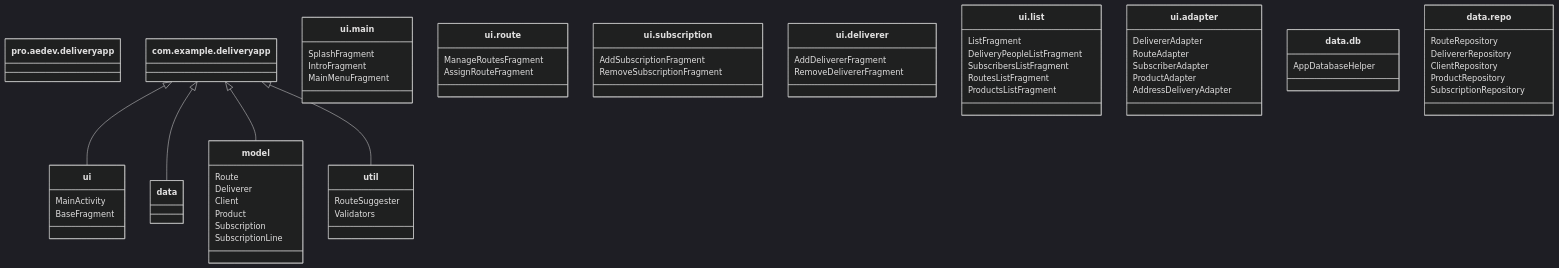
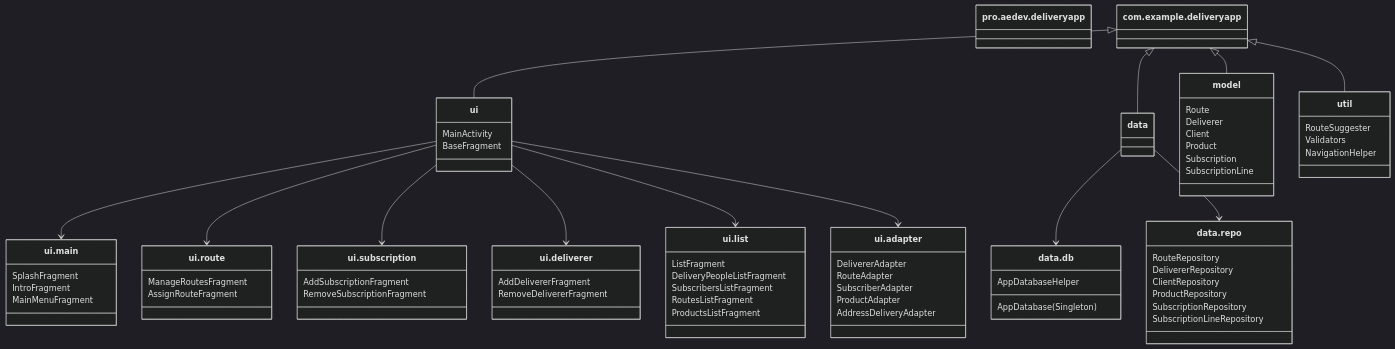
One commit to a3emond/delivery-app-android-fall2025 changed the fourth of 4 diagrams in README.md. Above: the diagram before and after it, drawn with Mermaid (dark theme). The commit also changed other lines of this file and 31 other files, not shown here.

````diff
--- a/README.md
+++ b/README.md
@@ -294,69 +294,81 @@
 ```mermaid
 classDiagram
     class pro.aedev.deliveryapp
     com.example.deliveryapp <|-- ui
     com.example.deliveryapp <|-- data
     com.example.deliveryapp <|-- model
     com.example.deliveryapp <|-- util
 
     class ui {
         MainActivity
         BaseFragment
     }
     class ui.main {
         SplashFragment
         IntroFragment
         MainMenuFragment
     }
     class ui.route {
         ManageRoutesFragment
         AssignRouteFragment
     }
     class ui.subscription {
         AddSubscriptionFragment
         RemoveSubscriptionFragment
     }
     class ui.deliverer {
         AddDelivererFragment
         RemoveDelivererFragment
     }
     class ui.list {
         ListFragment
         DeliveryPeopleListFragment
         SubscribersListFragment
         RoutesListFragment
         ProductsListFragment
     }
     class ui.adapter {
         DelivererAdapter
         RouteAdapter
         SubscriberAdapter
         ProductAdapter
         AddressDeliveryAdapter
     }
 
     class data.db {
         AppDatabaseHelper
+        AppDatabase(Singleton)
     }
     class data.repo {
         RouteRepository
         DelivererRepository
         ClientRepository
         ProductRepository
         SubscriptionRepository
+        SubscriptionLineRepository
     }
 
     class model {
         Route
         Deliverer
         Client
         Product
         Subscription
         SubscriptionLine
     }
 
     class util {
         RouteSuggester
         Validators
+        NavigationHelper
     }
+    ui --> ui.main
+    ui --> ui.route
+    ui --> ui.subscription
+    ui --> ui.deliverer
+    ui --> ui.list
+    ui --> ui.adapter
+
+    data --> data.db
+    data --> data.repo
 ```
````
